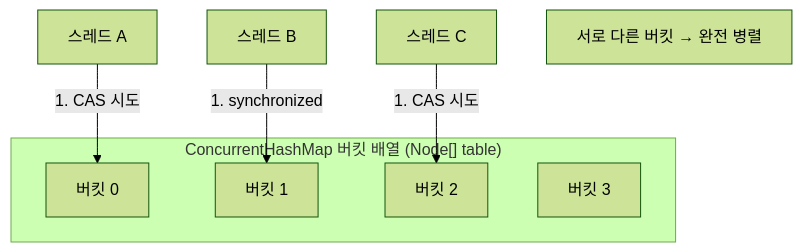
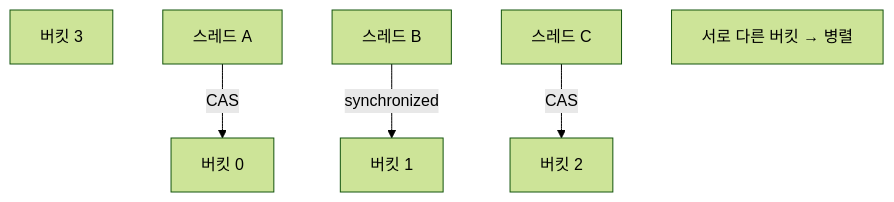
Before and after one commit to yjkim2015/yjkim2015.github.io: diagram 12 of 17 in _posts/java/2026-05-01-java-thread.md, drawn with Mermaid (forest theme). The commit also changed other lines of this file and 155 other files, not shown here.

First line of the commit message:
Mermaid 전면 수정: subgraph 제거, participant/노드/줄수 축소 (342블록)

````diff
--- a/_posts/java/2026-05-01-java-thread.md
+++ b/_posts/java/2026-05-01-java-thread.md
@@ -1138,13 +1129,11 @@
 ```mermaid
 graph TD
-  subgraph "ConcurrentHashMap 버킷 배열 (Node[] table)"
-    B0["버킷 0"]
-    B1["버킷 1"]
-    B2["버킷 2"]
-    B3["버킷 3"]
-  end
-  T1["스레드 A"] -->|"1. CAS 시도"| B0
-  T2["스레드 B"] -->|"1. synchronized"| B1
-  T3["스레드 C"] -->|"1. CAS 시도"| B2
-  NOTE["서로 다른 버킷 → 완전 병렬"]
+  B0["버킷 0"]
+  B1["버킷 1"]
+  B2["버킷 2"]
+  B3["버킷 3"]
+  T1["스레드 A"] -->|"CAS"| B0
+  T2["스레드 B"] -->|"synchronized"| B1
+  T3["스레드 C"] -->|"CAS"| B2
+  NOTE["서로 다른 버킷 → 병렬"]
 ```
````
